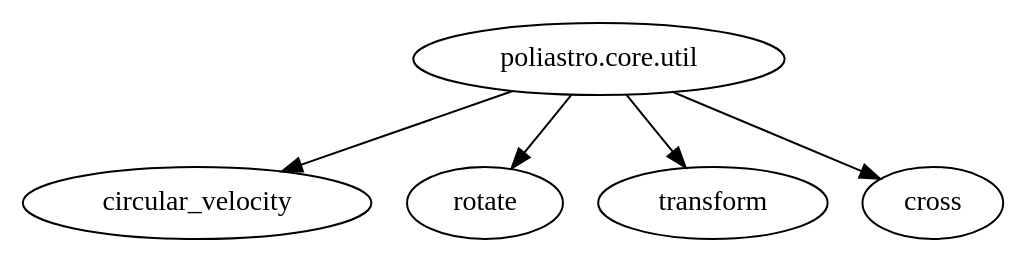
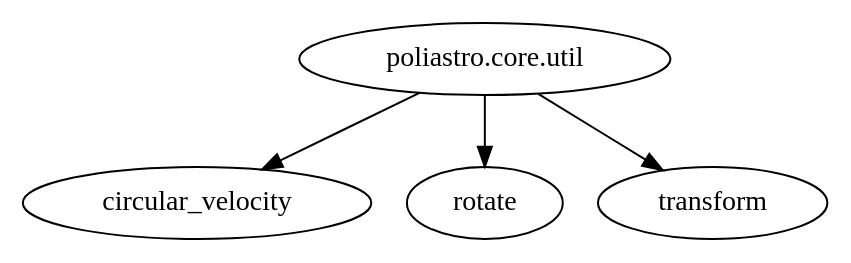
The diagram in docs/source/api/core/util.rst (poliastro/poliastro), drawn with Graphviz before and after one commit. The commit also changed 9 other files, not shown here.

```diff
--- a/docs/source/api/core/util.rst
+++ b/docs/source/api/core/util.rst
@@ -4,5 +4,5 @@
 .. graphviz::
 
    digraph {
-      "poliastro.core.util" -> "circular_velocity", "rotate", "transform", "cross" ;
+      "poliastro.core.util" -> "circular_velocity", "rotate", "transform" ;
    }
```
